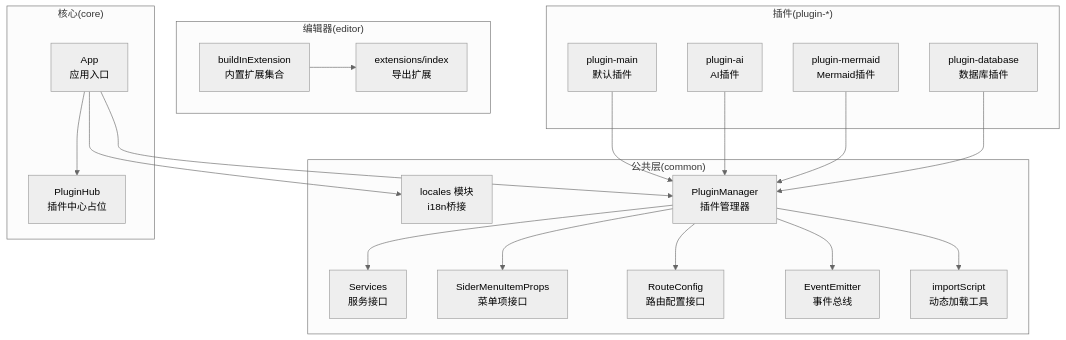
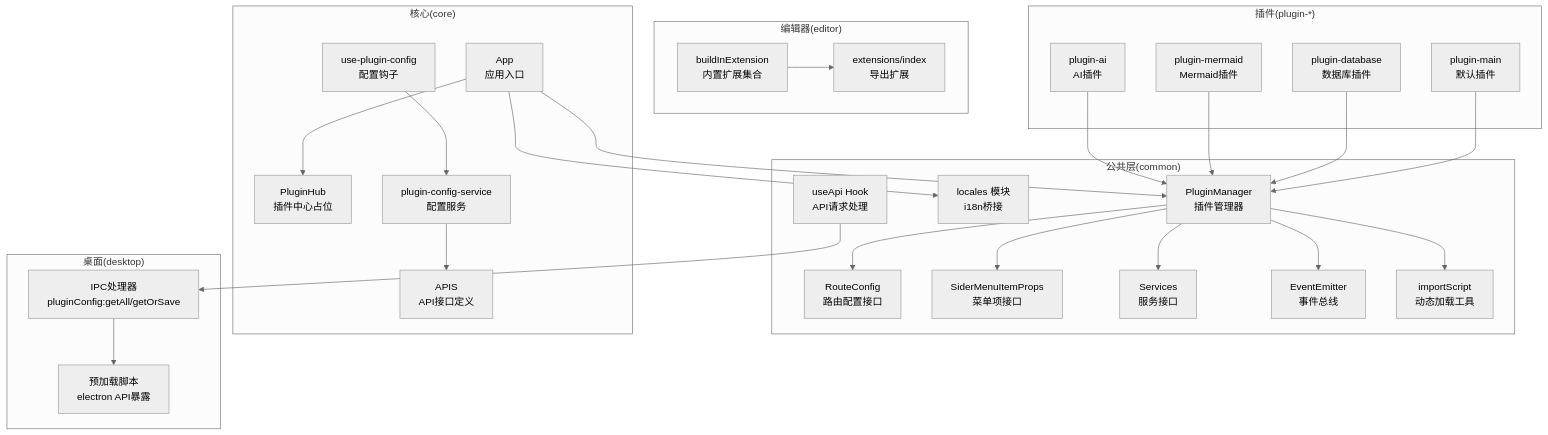
Before and after one commit to LRF0422/Kotion: the first of 17 diagrams in .qoder/repowiki/zh/content/插件开发/插件集成与配置.md, drawn with Mermaid (neutral theme). The commit also changed other lines of this file and 75 other files, not shown here.

````diff
--- a/.qoder/repowiki/zh/content/插件开发/插件集成与配置.md
+++ b/.qoder/repowiki/zh/content/插件开发/插件集成与配置.md
@@ -49,39 +69,51 @@
 ```mermaid
 graph TB
 subgraph "公共层(common)"
 PM["PluginManager<br/>插件管理器"]
 RT["RouteConfig<br/>路由配置接口"]
 MN["SiderMenuItemProps<br/>菜单项接口"]
 TS["Services<br/>服务接口"]
 LO["locales 模块<br/>i18n桥接"]
 EV["EventEmitter<br/>事件总线"]
 IU["importScript<br/>动态加载工具"]
+API["useApi Hook<br/>API请求处理"]
 end
 subgraph "核心(core)"
 APP["App<br/>应用入口"]
 PH["PluginHub<br/>插件中心占位"]
+UPC["use-plugin-config<br/>配置钩子"]
+PCS["plugin-config-service<br/>配置服务"]
+APIS["APIS<br/>API接口定义"]
+end
+subgraph "桌面(desktop)"
+IPC["IPC处理器<br/>pluginConfig:getAll/getOrSave"]
+PRELOAD["预加载脚本<br/>electron API暴露"]
 end
 subgraph "编辑器(editor)"
 BE["buildInExtension<br/>内置扩展集合"]
 EX["extensions/index<br/>导出扩展"]
 end
 subgraph "插件(plugin-*)"
 PMN["plugin-main<br/>默认插件"]
 PAI["plugin-ai<br/>AI插件"]
 PMD["plugin-mermaid<br/>Mermaid插件"]
 PDB["plugin-database<br/>数据库插件"]
 end
 APP --> PM
 APP --> LO
 APP --> PH
 PM --> IU
 PM --> EV
 PM --> RT
 PM --> MN
 PM --> TS
+UPC --> PCS
+PCS --> APIS
+API --> IPC
+IPC --> PRELOAD
 PAI --> PM
 PMD --> PM
 PDB --> PM
 PMN --> PM
 BE --> EX
 ```
````
